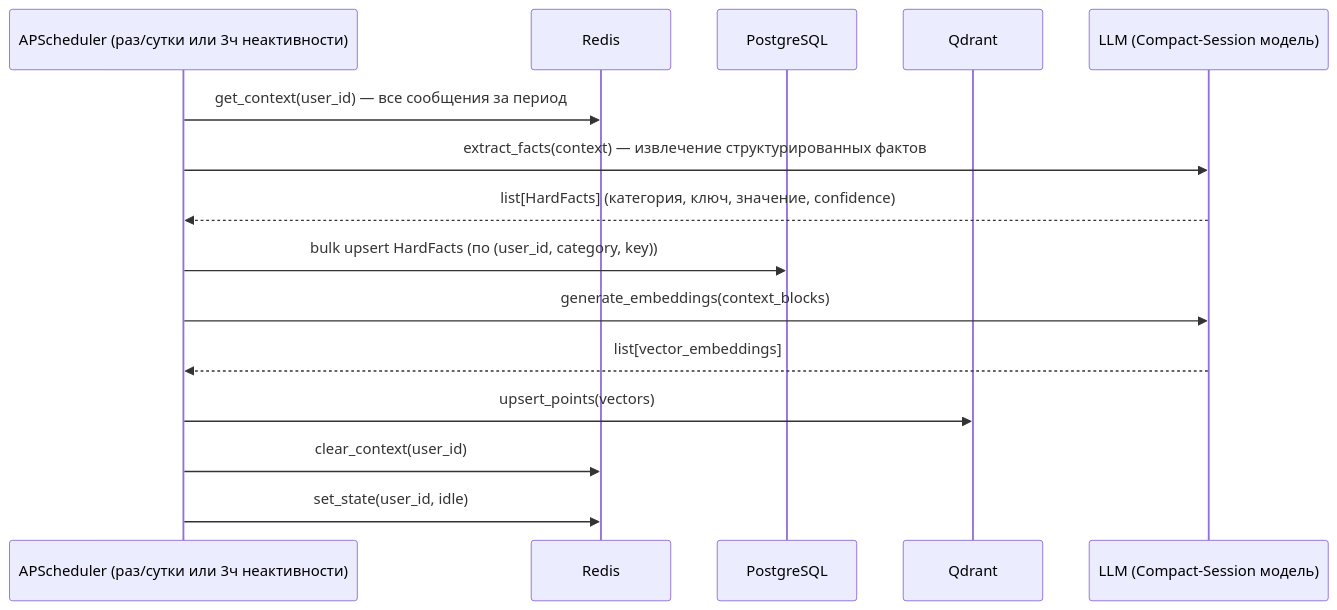
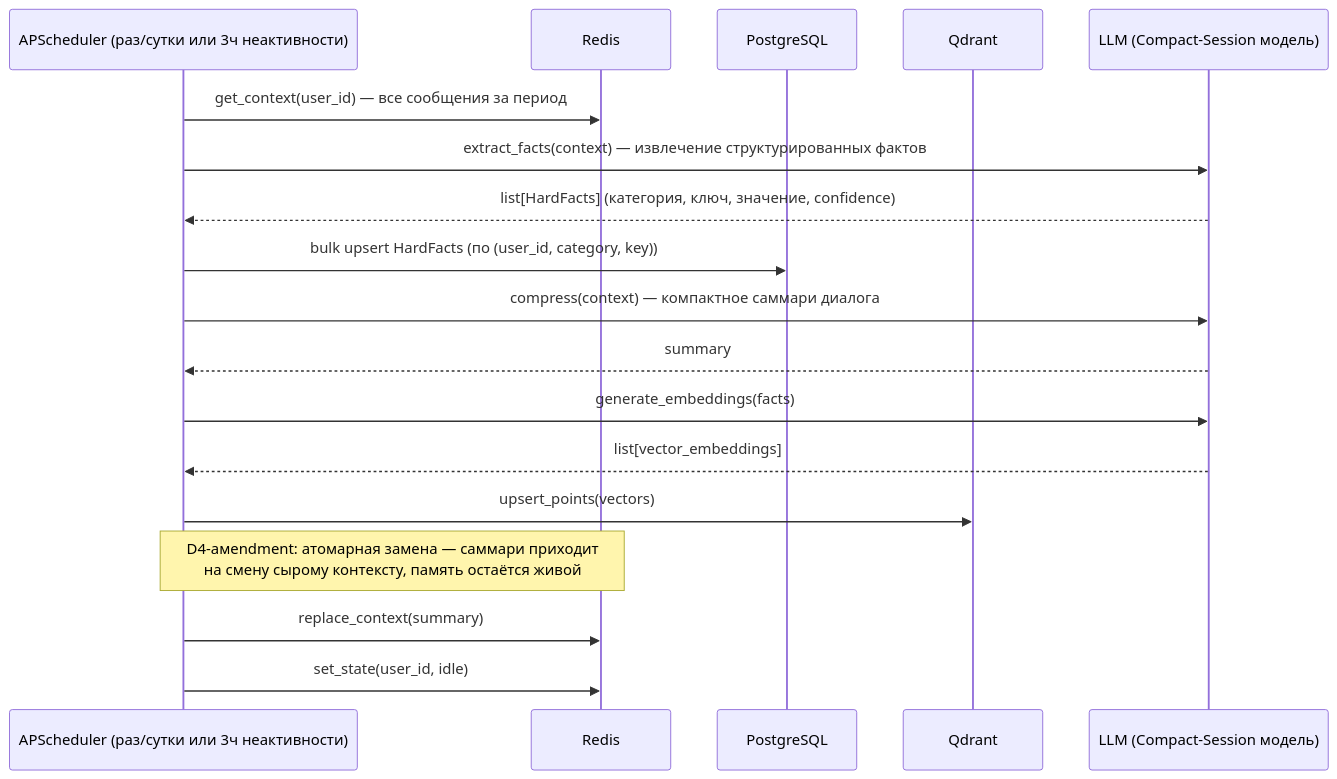
One commit to Sh1yden/Nodya changed the third of 5 diagrams in docs/ARCHITECTURE_FULL.md. Above: the diagram before and after it, drawn with Mermaid. The commit also changed 17 other files, not shown here.

````diff
--- a/docs/ARCHITECTURE_FULL.md
+++ b/docs/ARCHITECTURE_FULL.md
@@ -221,21 +221,24 @@
 ```mermaid
 sequenceDiagram
     participant APS as APScheduler (раз/сутки или 3ч неактивности)
     participant R as Redis
     participant PG as PostgreSQL
     participant QD as Qdrant
     participant LLM as LLM (Compact-Session модель)
     
     APS->>R: get_context(user_id) — все сообщения за период
     APS->>LLM: extract_facts(context) — извлечение структурированных фактов
     LLM-->>APS: list[HardFacts] (категория, ключ, значение, confidence)
     
     APS->>PG: bulk upsert HardFacts (по (user_id, category, key))
     
-    APS->>LLM: generate_embeddings(context_blocks)
+    APS->>LLM: compress(context) — компактное саммари диалога
+    LLM-->>APS: summary
+    APS->>LLM: generate_embeddings(facts)
     LLM-->>APS: list[vector_embeddings]
     APS->>QD: upsert_points(vectors)
     
-    APS->>R: clear_context(user_id)
+    note over APS,R: D4-амendment: атомарная замена — саммари приходит<br/>на смену сырому контексту, память остаётся живой
+    APS->>R: replace_context(summary)
     APS->>R: set_state(user_id, idle)
 ```
````
